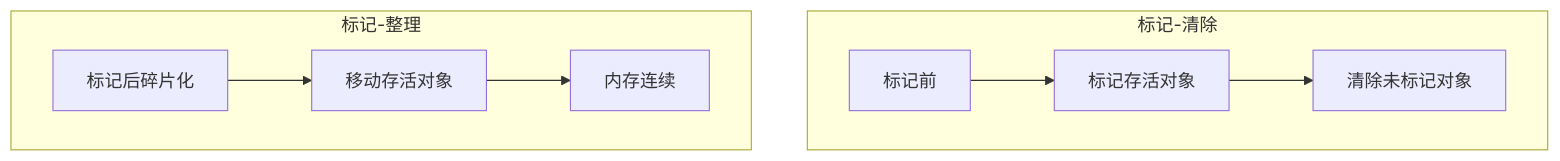
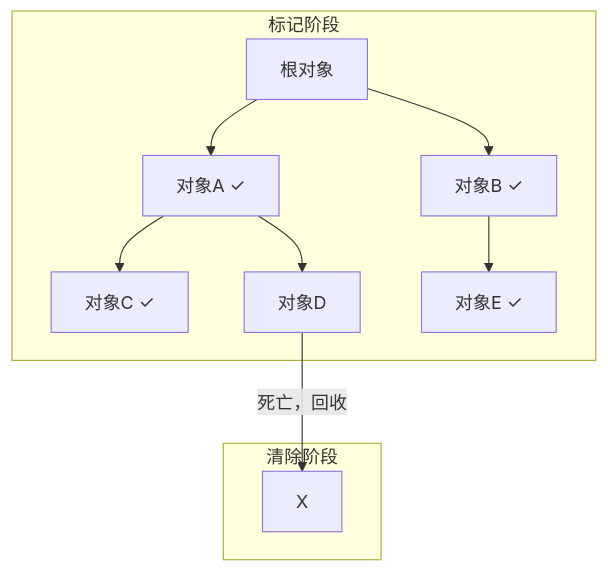
One commit to zhangshichuan/maxzhang.site changed the third of 4 diagrams in articles/zh/nodejs-memory-leak-mastery.mdx. Above: the diagram before and after it, drawn with Mermaid. The commit also changed other lines of this file and 1 other file, not shown here.

````diff
--- a/articles/zh/nodejs-memory-leak-mastery.mdx
+++ b/articles/zh/nodejs-memory-leak-mastery.mdx
@@ -61,11 +175,14 @@
 ```mermaid
 flowchart TD
-    subgraph Clean ["标记-清除"]
-        A[标记前] --> B[标记存活对象]
-        B --> C[清除未标记对象]
+    subgraph 标记阶段["标记阶段"]
+        G[根对象] --> A[对象A ✓]
+        G --> B[对象B ✓]
+        A --> C[对象C ✓]
+        A --> D[对象D]
+        B --> E[对象E ✓]
     end
-    subgraph Compact ["标记-整理"]
-        D[标记后碎片化] --> E[移动存活对象]
-        E --> F[内存连续]
+
+    subgraph 清除阶段["清除阶段"]
+        D --> |死亡，回收| X
     end
 ```
````
